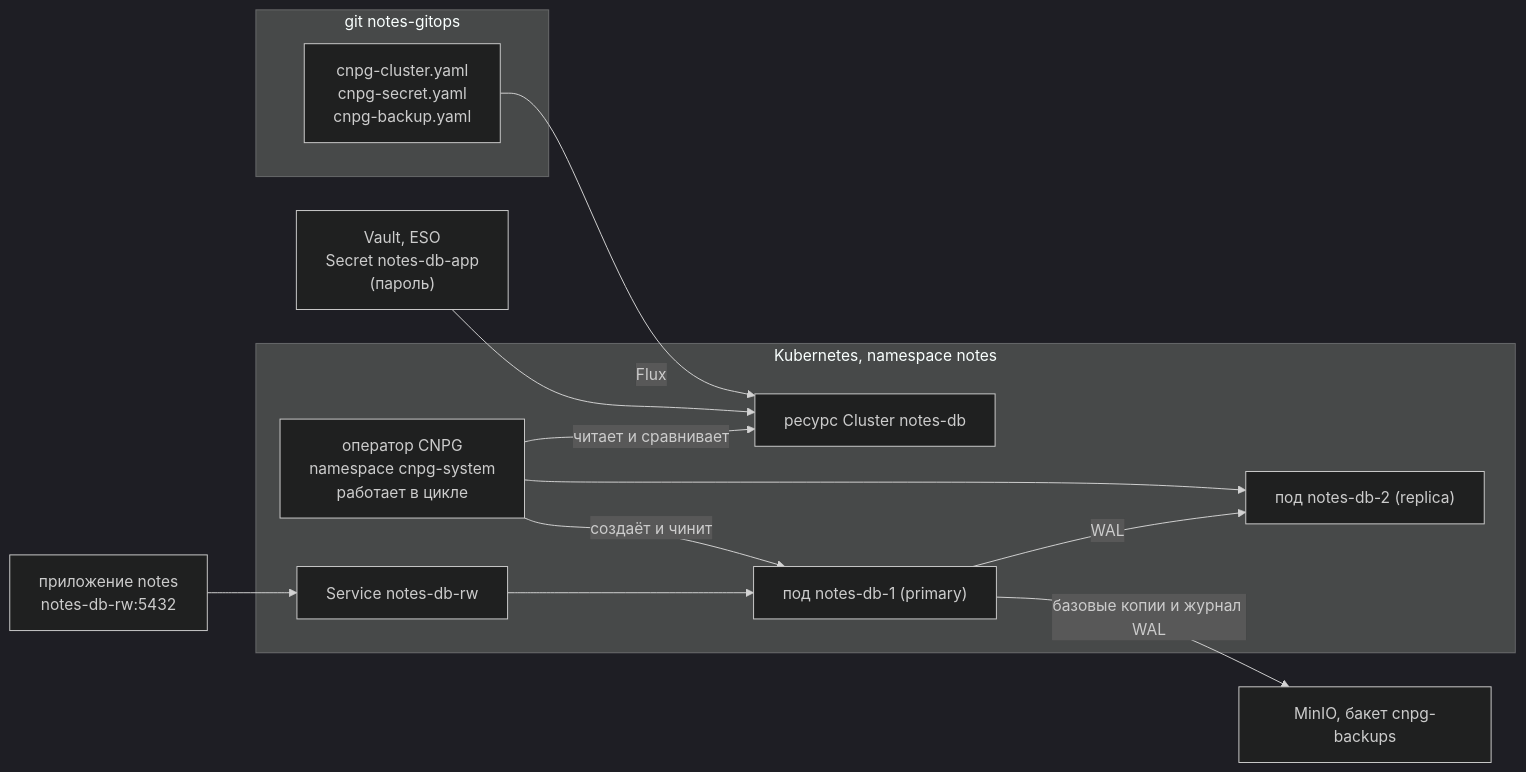
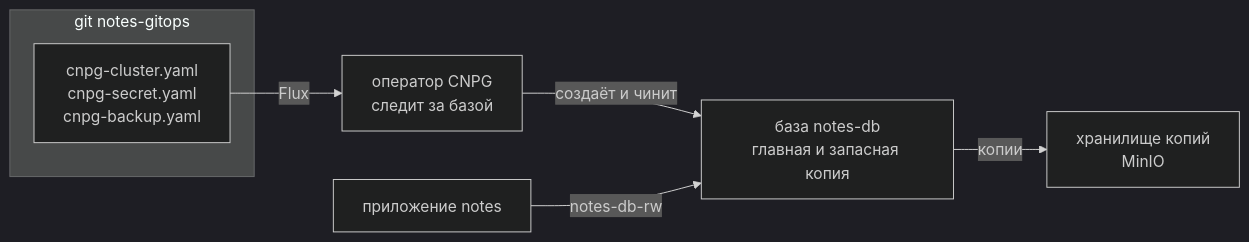
One commit to distinguished-sre/learning changed the first of 6 diagrams in devops/09-secrets-gitops/05-cnpg.md. Above: the diagram before and after it, drawn with Mermaid (dark theme). The commit also changed other lines of this file and 462 other files, not shown here.

````diff
--- a/devops/09-secrets-gitops/05-cnpg.md
+++ b/devops/09-secrets-gitops/05-cnpg.md
@@ -50,18 +55,10 @@
 ```mermaid
 flowchart LR
     subgraph G["git notes-gitops"]
         G1["cnpg-cluster.yaml<br>cnpg-secret.yaml<br>cnpg-backup.yaml"]
     end
-    G1 -->|"Flux"| CL
-    V["Vault, ESO<br>Secret notes-db-app<br>(пароль)"] --> CL
-    subgraph K["Kubernetes, namespace notes"]
-        CL["ресурс Cluster notes-db"]
-        OP["оператор CNPG<br>namespace cnpg-system<br>работает в цикле"] -->|"читает и сравнивает"| CL
-        OP -->|"создаёт и чинит"| P1["под notes-db-1 (primary)"]
-        OP --> P2["под notes-db-2 (replica)"]
-        P1 -->|"WAL"| P2
-        SV["Service notes-db-rw"] --> P1
-    end
-    APP["приложение notes<br>notes-db-rw:5432"] --> SV
-    P1 -->|"базовые копии и журнал WAL"| M["MinIO, бакет cnpg-backups"]
+    G1 -->|"Flux"| OP["оператор CNPG<br>следит за базой"]
+    OP -->|"создаёт и чинит"| DB["база notes-db<br>главная и запасная копия"]
+    APP["приложение notes"] -->|"notes-db-rw"| DB
+    DB -->|"копии"| M["хранилище копий<br>MinIO"]
 ```
````
